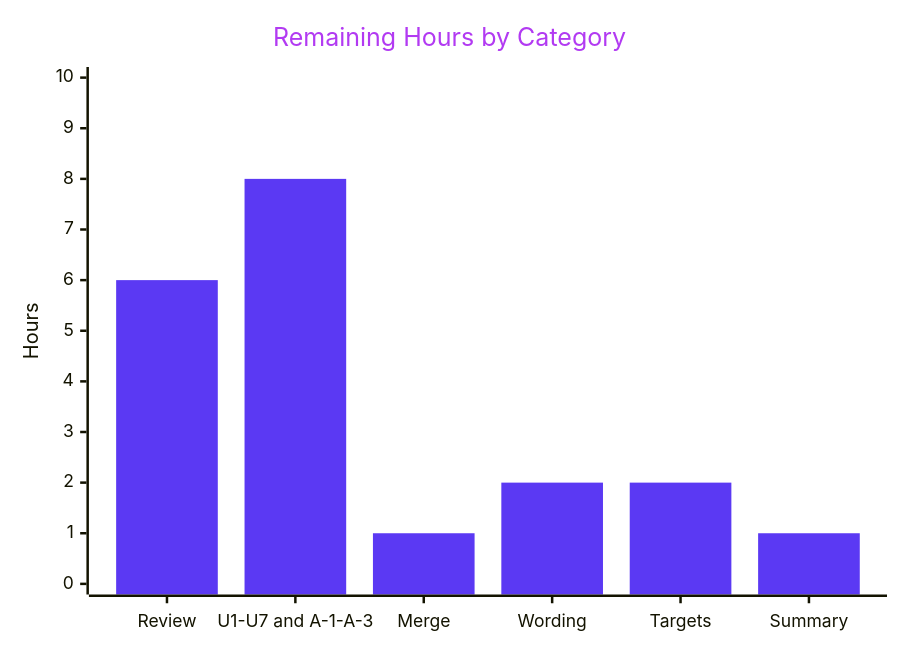
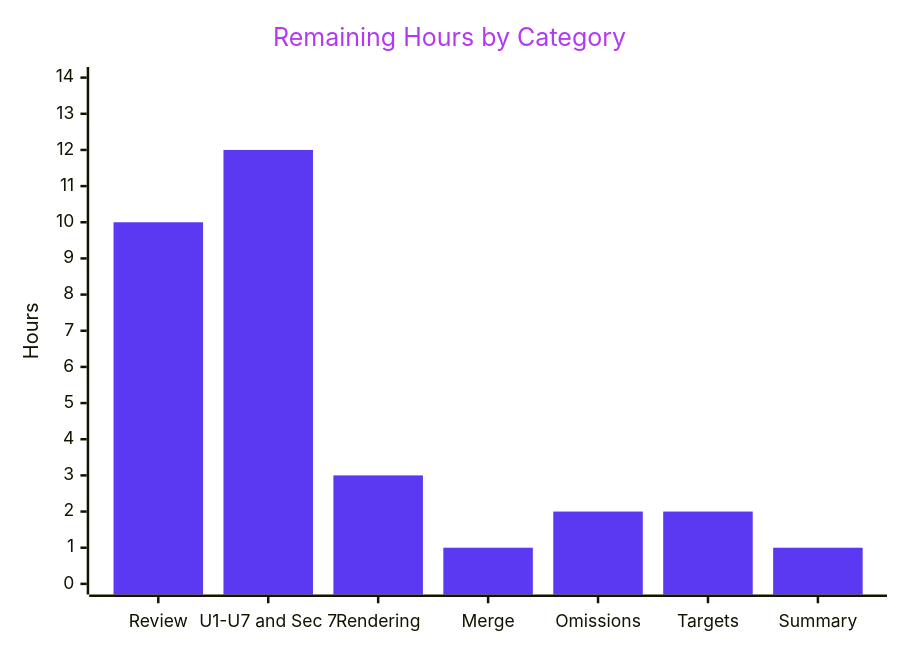
The third of 3 diagrams in blitzy/documentation/Project Guide - e5d40ea1-c3ed-4994-87eb-e962dec9dc66.md (blitzy-public-samples/openbravo-erp), drawn with Mermaid before and after one commit. The commit also changed other lines of this file, not shown here.

````diff
--- a/blitzy/documentation/Project Guide - e5d40ea1-c3ed-4994-87eb-e962dec9dc66.md
+++ b/blitzy/documentation/Project Guide - e5d40ea1-c3ed-4994-87eb-e962dec9dc66.md
@@ -227,8 +256,8 @@
 ```mermaid
 %%{init: {"theme": "base", "themeVariables": {"xyChart": {"plotColorPalette": "#5B39F3", "titleColor": "#B23AF2"}}}}%%
 xychart-beta
     title "Remaining Hours by Category"
-    x-axis ["Review", "U1-U7 and A-1-A-3", "Merge", "Wording", "Targets", "Summary"]
-    y-axis "Hours" 0 --> 10
-    bar [6, 8, 1, 2, 2, 1]
+    x-axis ["Review", "U1-U7 and Sec 7", "Rendering", "Merge", "Omissions", "Targets", "Summary"]
+    y-axis "Hours" 0 --> 14
+    bar [10, 12, 3, 1, 2, 2, 1]
 ```
````
